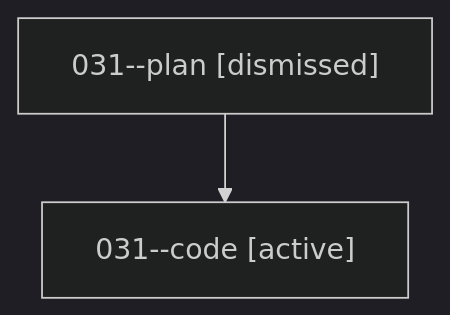
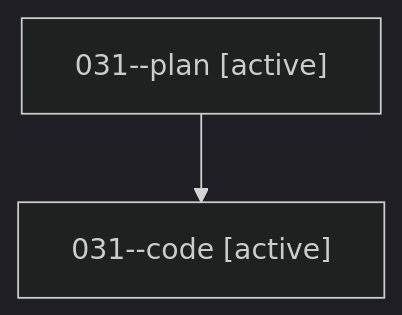
The diagram in families/bbugyi200.athena.031.md (sase-org/sase--agents), drawn with Mermaid (dark theme) before and after one commit. The commit also changed other lines of this file and 35830 other files, not shown here.

````diff
--- a/families/bbugyi200.athena.031.md
+++ b/families/bbugyi200.athena.031.md
@@ -9,6 +9,6 @@
 ```mermaid
 flowchart TD
-  n0["031--plan [dismissed]"]
+  n0["031--plan [active]"]
   n1["031--code [active]"]
   n0 --> n1
 ```
````
